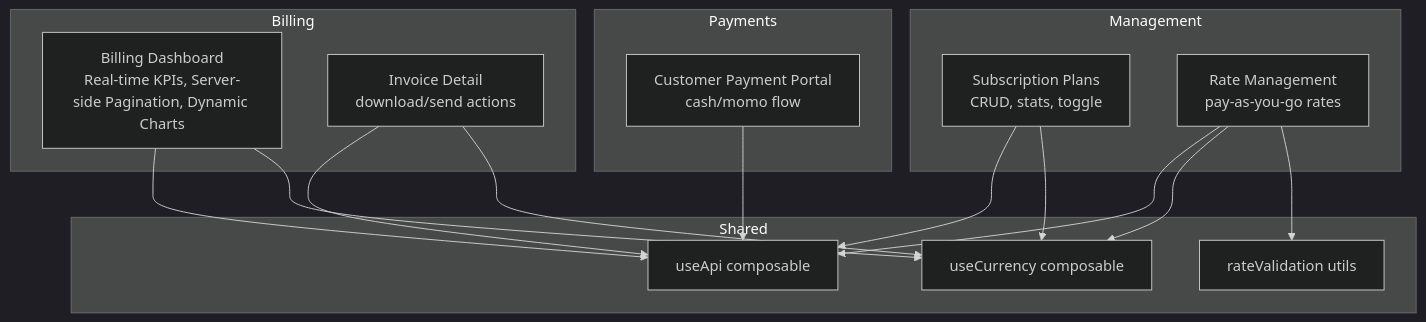
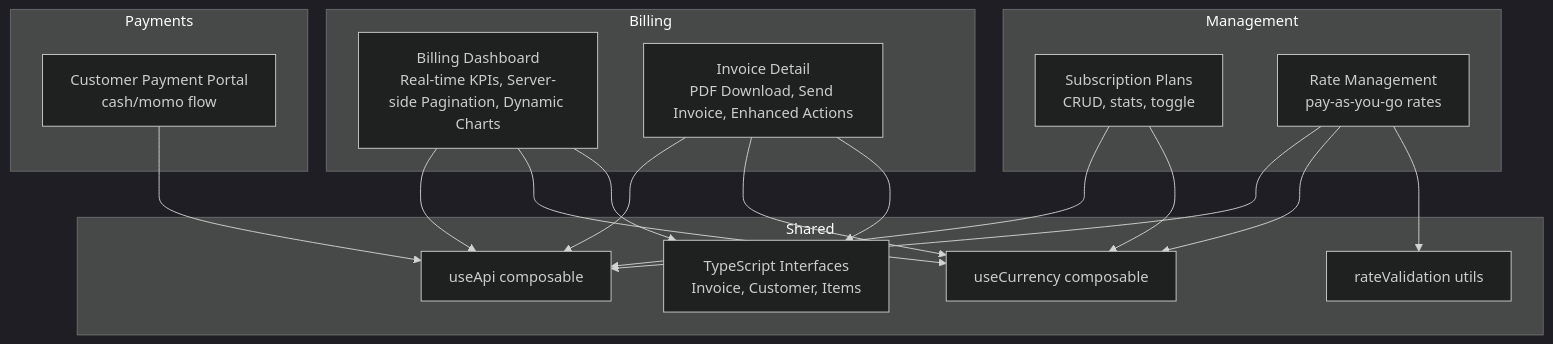
The first of 4 diagrams in .qoder/repowiki/en/content/Business Modules/Billing & Subscriptions.md (Lazynerd-Studios/lacarte-atlas-console), drawn with Mermaid (dark theme) before and after one commit. The commit also changed other lines of this file and 14 other files, not shown here.

````diff
--- a/.qoder/repowiki/en/content/Business Modules/Billing & Subscriptions.md
+++ b/.qoder/repowiki/en/content/Business Modules/Billing & Subscriptions.md
@@ -48,29 +48,32 @@
 ```mermaid
 graph TB
 subgraph "Billing"
 BIndex["Billing Dashboard<br/>Real-time KPIs, Server-side Pagination, Dynamic Charts"]
-BDetail["Invoice Detail<br/>download/send actions"]
+BDetail["Invoice Detail<br/>PDF Download, Send Invoice, Enhanced Actions"]
 end
 subgraph "Management"
 SubPlans["Subscription Plans<br/>CRUD, stats, toggle"]
 Rates["Rate Management<br/>pay-as-you-go rates"]
 end
 subgraph "Payments"
 PayPortal["Customer Payment Portal<br/>cash/momo flow"]
 end
 subgraph "Shared"
 Api["useApi composable"]
 Currency["useCurrency composable"]
 Validation["rateValidation utils"]
+Types["TypeScript Interfaces<br/>Invoice, Customer, Items"]
 end
 BIndex --> Api
 BDetail --> Api
 SubPlans --> Api
 Rates --> Api
 PayPortal --> Api
 BIndex --> Currency
 BDetail --> Currency
 SubPlans --> Currency
 Rates --> Currency
 Rates --> Validation
+BDetail --> Types
+BIndex --> Types
 ```
````
